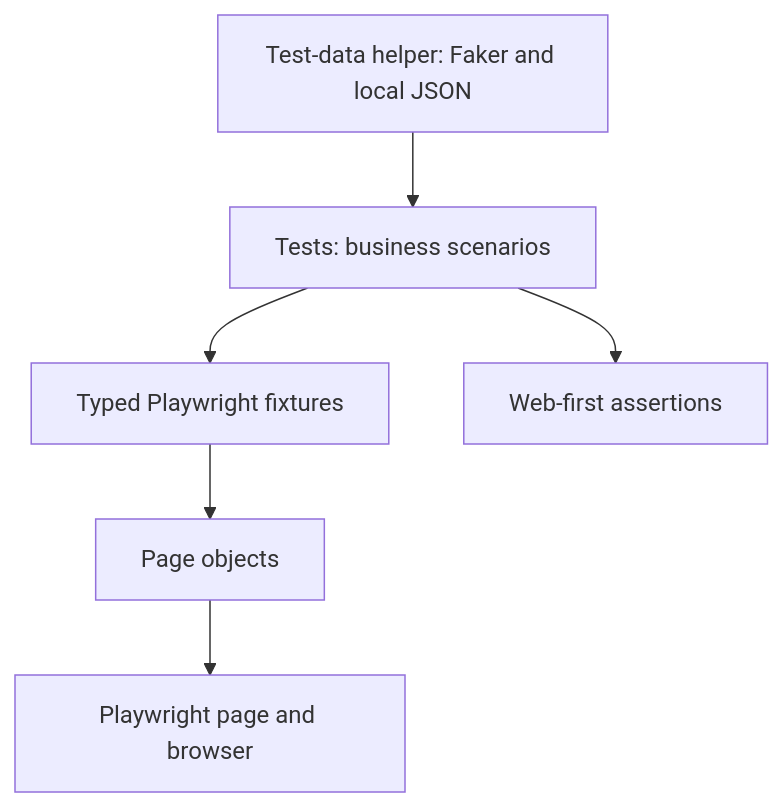
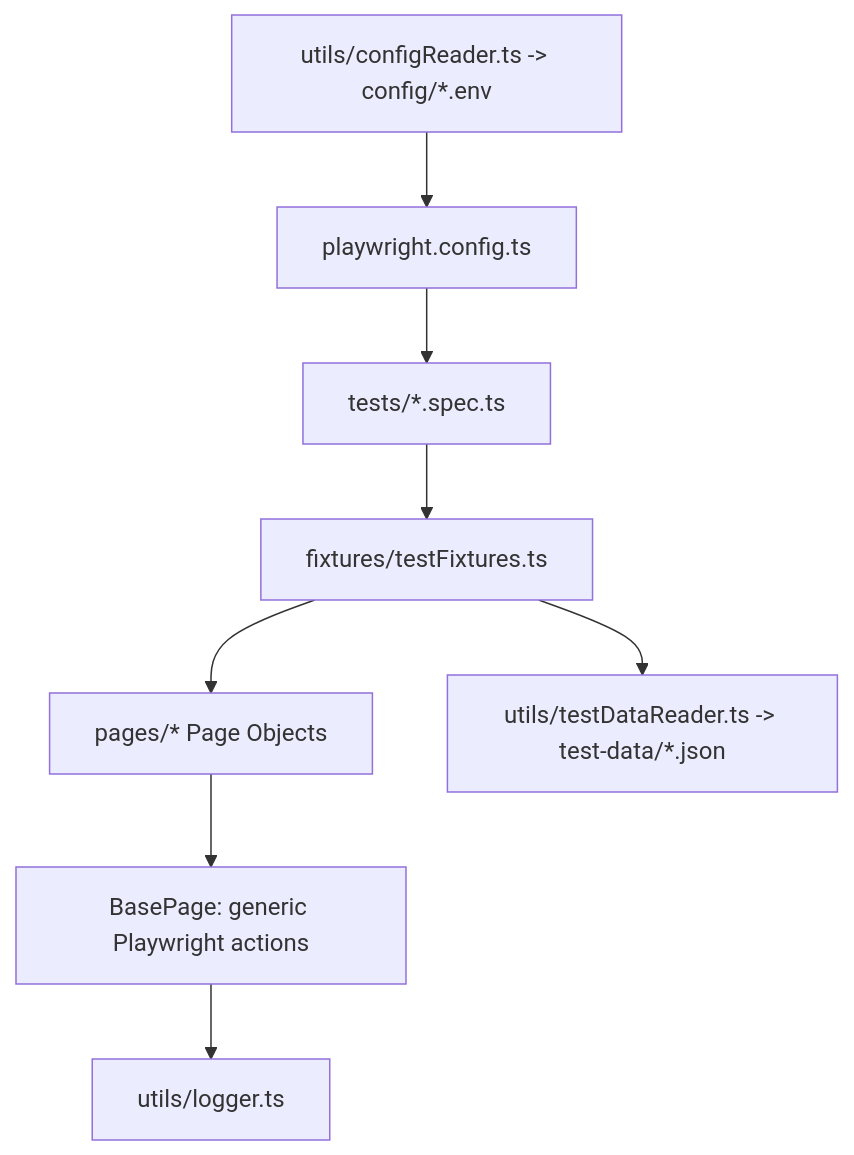
Before and after one commit to Muhammad-Ehsan-Siddiqui/OrangeHrm-Playwright-Framework: the diagram in README.md, drawn with Mermaid. The commit also changed other lines of this file and 18 other files, not shown here.

First line of the commit message:
Align framework with POM architecture spec

````diff
--- a/README.md
+++ b/README.md
@@ -143,8 +7,10 @@
 ```mermaid
 flowchart TD
-    Spec[Tests: business scenarios] --> Fixtures[Typed Playwright fixtures]
-    Fixtures --> PageObjects[Page objects]
-    PageObjects --> Browser[Playwright page and browser]
-    Spec --> Assertions[Web-first assertions]
-    Data[Test-data helper: Faker and local JSON] --> Spec
+    Spec[tests/*.spec.ts] --> Fixtures[fixtures/testFixtures.ts]
+    Fixtures --> Pages[pages/* Page Objects]
+    Pages --> Base[BasePage: generic Playwright actions]
+    Base --> Logger[utils/logger.ts]
+    Fixtures --> Data[utils/testDataReader.ts -> test-data/*.json]
+    Config[utils/configReader.ts -> config/*.env] --> PWConfig[playwright.config.ts]
+    PWConfig --> Spec
 ```
````
